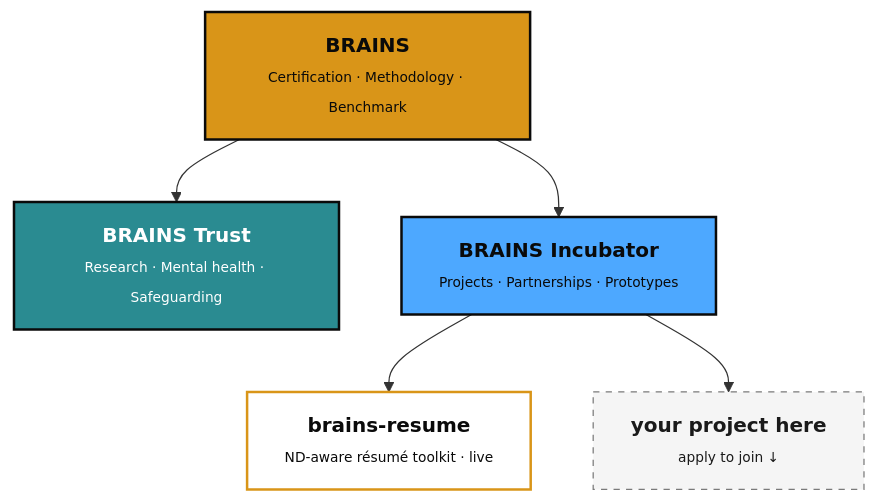
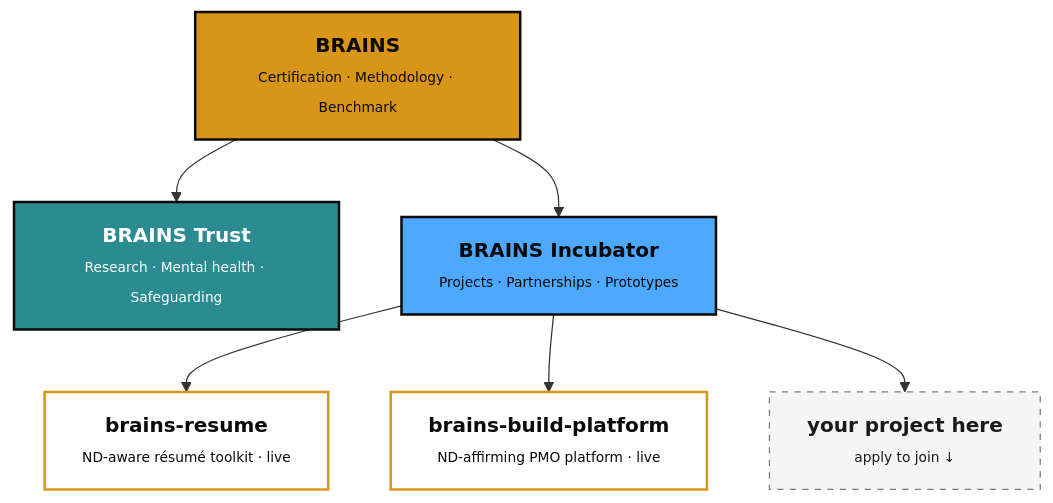
Before and after one commit to shard-BRAINS/.github: the diagram in profile/README.md, drawn with Mermaid. The commit also changed other lines of this file, not shown here.

Commit message:
Add brains-build-platform to live projects; fix brains-resume URL

````diff
--- a/profile/README.md
+++ b/profile/README.md
@@ -38,17 +38,19 @@
 ```mermaid
 flowchart TD
     P["<b>BRAINS</b><br/><span style='font-size:11px'>Certification · Methodology · Benchmark</span>"]:::parent
     T["<b>BRAINS Trust</b><br/><span style='font-size:11px'>Research · Mental health · Safeguarding</span>"]:::trust
     I["<b>BRAINS Incubator</b><br/><span style='font-size:11px'>Projects · Partnerships · Prototypes</span>"]:::incubator
     R["<b>brains-resume</b><br/><span style='font-size:11px'>ND-aware résumé toolkit · live</span>"]:::live
+    B["<b>brains-build-platform</b><br/><span style='font-size:11px'>ND-affirming PMO platform · live</span>"]:::live
     M["<b>your project here</b><br/><span style='font-size:11px'>apply to join ↓</span>"]:::open
     P --> T
     P --> I
     I --> R
+    I --> B
     I --> M
     classDef parent fill:#D99518,stroke:#0A0A0A,stroke-width:2px,color:#0A0A0A
     classDef trust fill:#2A8B91,stroke:#0A0A0A,stroke-width:2px,color:#FFFFFF
     classDef incubator fill:#4DA8FF,stroke:#0A0A0A,stroke-width:2px,color:#0A0A0A
     classDef live fill:#FFFFFF,stroke:#D99518,stroke-width:2px,color:#0A0A0A
     classDef open fill:#F5F5F5,stroke:#7A7A7A,stroke-width:1px,stroke-dasharray:5 5,color:#1A1A1A
 ```
````
